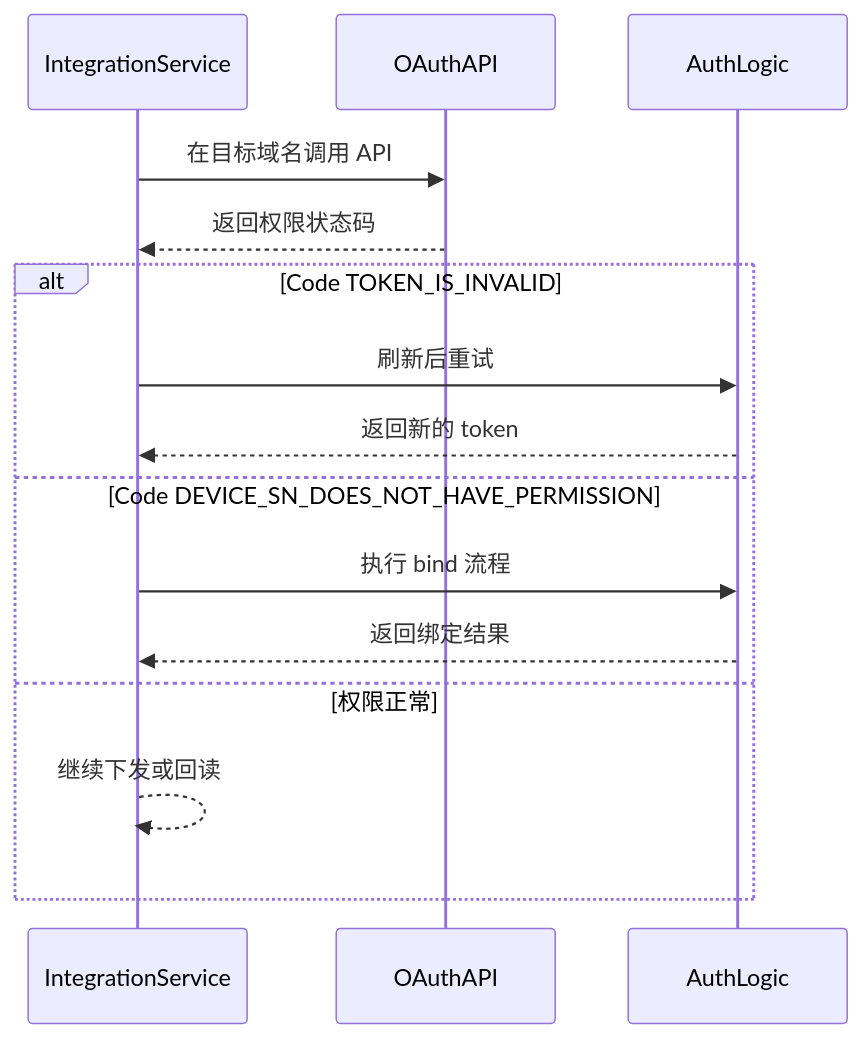
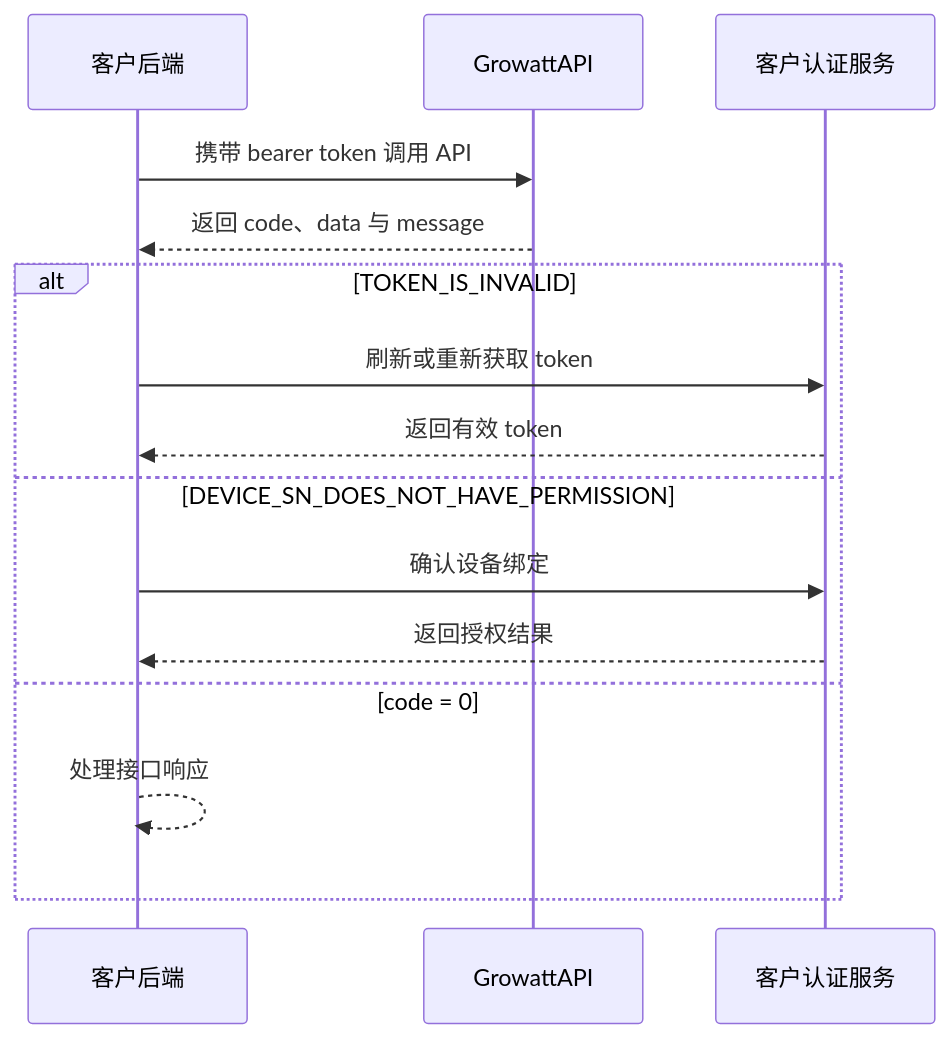
One commit to EugeneJian/growatt-unified-api changed the second of 2 diagrams in Growatt API/OPENAPI.zh-CN/10_global_params.md. Above: the diagram before and after it, drawn with Mermaid. The commit also changed other lines of this file and 46 other files, not shown here.

````diff
--- a/Growatt API/OPENAPI.zh-CN/10_global_params.md
+++ b/Growatt API/OPENAPI.zh-CN/10_global_params.md
@@ -33,18 +28,18 @@
 ```mermaid
 sequenceDiagram
-    participant Client as IntegrationService
-    participant API as OAuthAPI
-    participant Auth as AuthLogic
+    participant Client as 客户后端
+    participant API as GrowattAPI
+    participant Auth as 客户认证服务
 
-    Client->>API: 在目标域名调用 API
-    API-->>Client: 返回权限状态码
-    alt Code TOKEN_IS_INVALID
-        Client->>Auth: 刷新后重试
-        Auth-->>Client: 返回新的 token
-    else Code DEVICE_SN_DOES_NOT_HAVE_PERMISSION
-        Client->>Auth: 执行 bind 流程
-        Auth-->>Client: 返回绑定结果
-    else 权限正常
-        Client-->>Client: 继续下发或回读
+    Client->>API: 携带 bearer token 调用 API
+    API-->>Client: 返回 code、data 与 message
+    alt TOKEN_IS_INVALID
+        Client->>Auth: 刷新或重新获取 token
+        Auth-->>Client: 返回有效 token
+    else DEVICE_SN_DOES_NOT_HAVE_PERMISSION
+        Client->>Auth: 确认设备绑定
+        Auth-->>Client: 返回授权结果
+    else code = 0
+        Client-->>Client: 处理接口响应
     end
 ```
````
